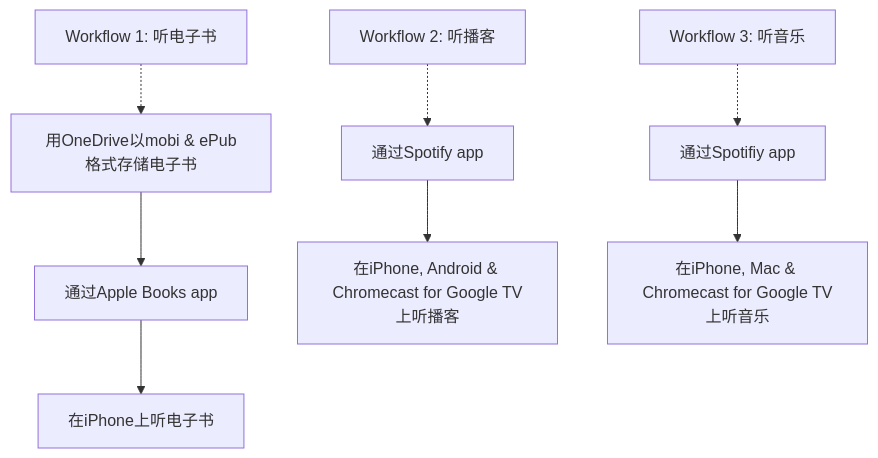
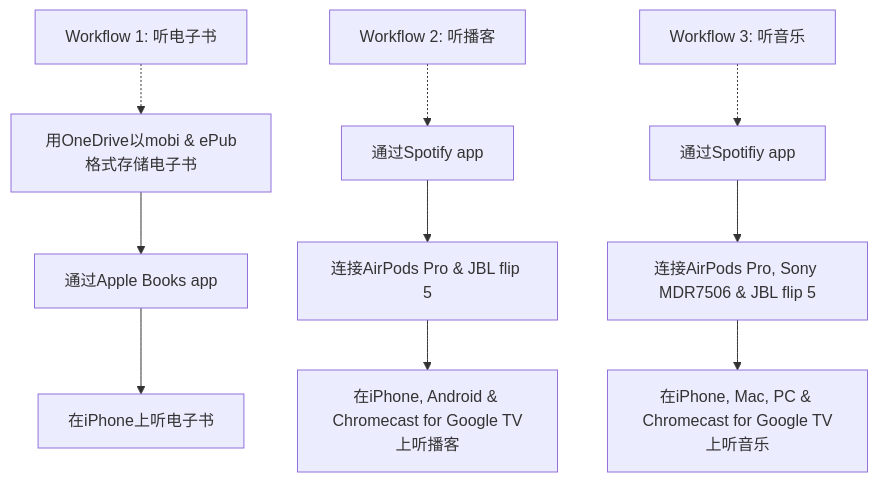
One commit to goooooouwa/writings changed the diagram in _posts/productivity/2021-04-22-listening-setup.md. Above: the diagram before and after it, drawn with Mermaid. The commit also changed other lines of this file, not shown here.

```diff
--- a/_posts/productivity/2021-04-22-listening-setup.md
+++ b/_posts/productivity/2021-04-22-listening-setup.md
@@ -10,17 +10,19 @@
 <div class="mermaid">
     graph TD
     T1[Workflow 1: 听电子书] -.-> A
 
     A[用OneDrive以mobi & ePub格式存储电子书]
     A --> F[通过Apple Books app]
     F --> C[在iPhone上听电子书]
 
     T2[Workflow 2: 听播客] -.-> E
 
     E[通过Spotify app]
-    E --> I[在iPhone, Android & Chromecast for Google TV上听播客]
+    E --> J[连接AirPods Pro & JBL flip 5]
+    J --> I[在iPhone, Android & Chromecast for Google TV上听播客]
 
     T3[Workflow 3: 听音乐] -.-> G
     G[通过Spotifiy app]
-    G --> H[在iPhone, Mac & Chromecast for Google TV上听音乐]
+    G --> K[连接AirPods Pro, Sony MDR7506 & JBL flip 5]
+    K --> H[在iPhone, Mac, PC & Chromecast for Google TV上听音乐]
 </div>
```
